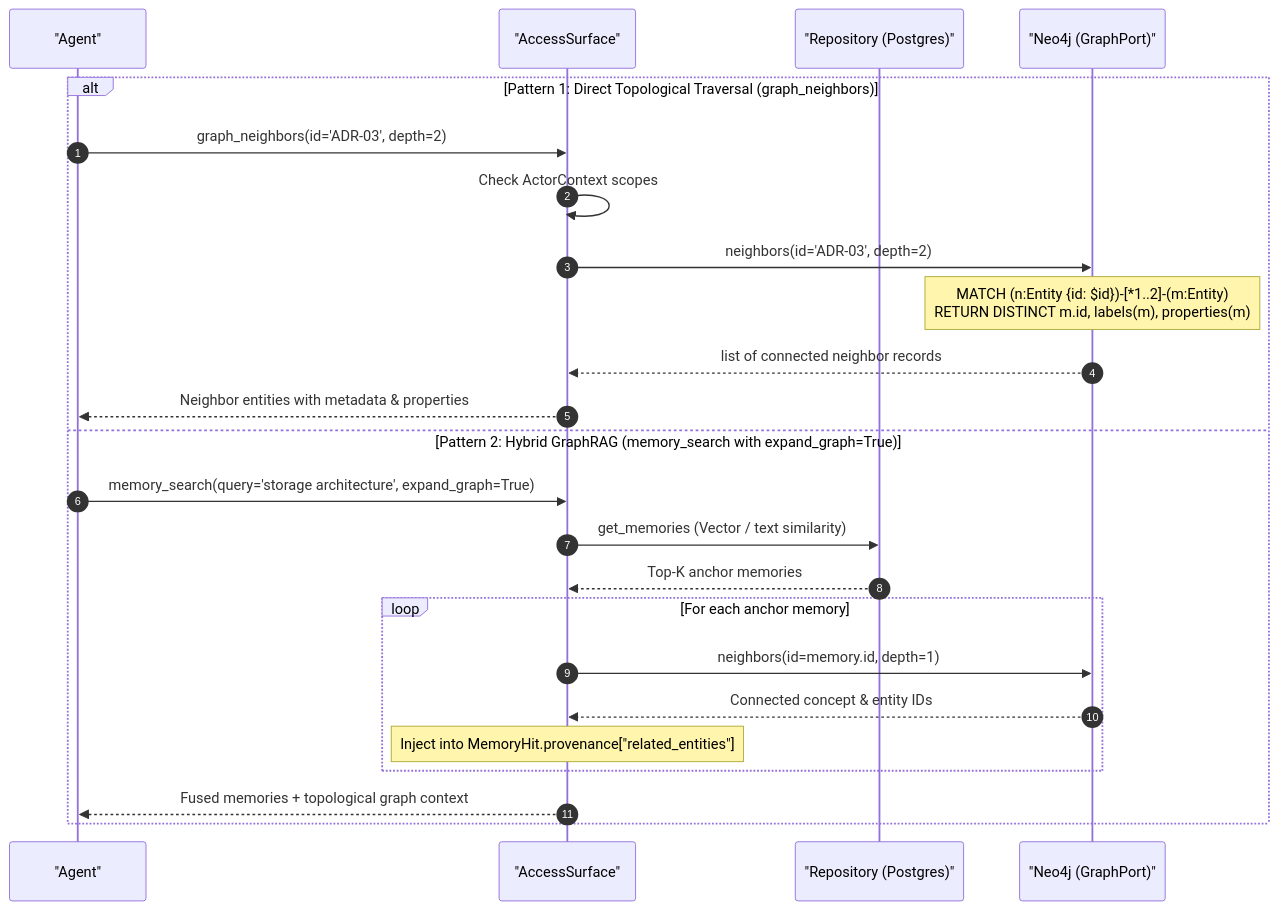
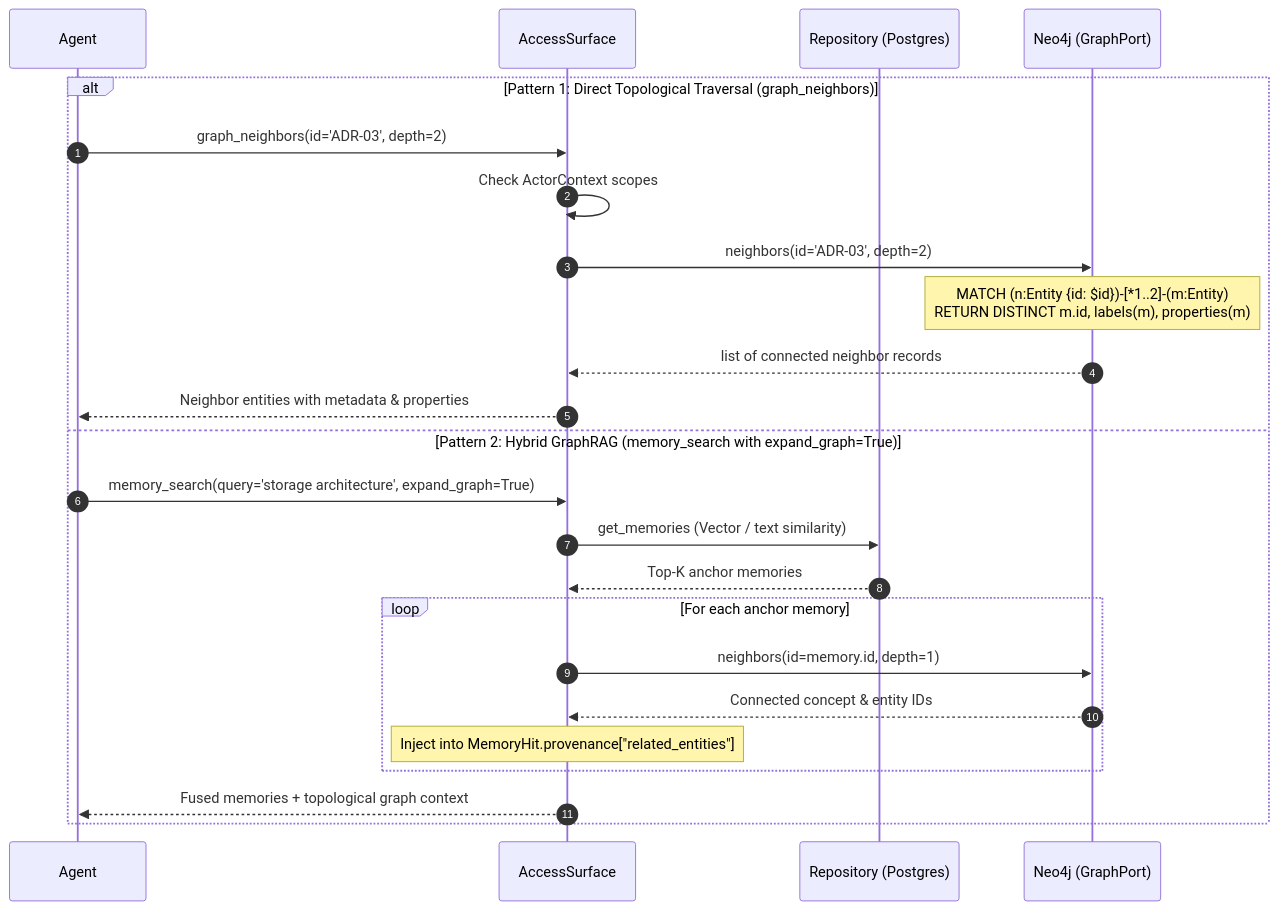
Before and after one commit to vladm3105/aidoc-flow-engramory: the fourth of 4 diagrams in docs/DATA_FLOW_AND_LIFECYCLE.md, drawn with Mermaid. The commit also changed other lines of this file and 2 other files, not shown here.

First line of the commit message:
docs: detailed sequential dataflow diagrams and narrative explanations (#68)

````diff
--- a/docs/DATA_FLOW_AND_LIFECYCLE.md
+++ b/docs/DATA_FLOW_AND_LIFECYCLE.md
@@ -138,27 +226,27 @@
 ```mermaid
 sequenceDiagram
     autonumber
-    participant Agent as "Agent"
-    participant Surface as "AccessSurface"
-    participant Repo as "Repository (Postgres)"
-    participant Neo4j as "Neo4j (GraphPort)"
+    participant Agent as Agent
+    participant Surface as AccessSurface
+    participant Repo as Repository (Postgres)
+    participant Neo4j as Neo4j (GraphPort)
 
     alt Pattern 1: Direct Topological Traversal (graph_neighbors)
         Agent->>Surface: graph_neighbors(id='ADR-03', depth=2)
         Surface->>Surface: Check ActorContext scopes
         Surface->>Neo4j: neighbors(id='ADR-03', depth=2)
         Note over Neo4j: MATCH (n:Entity {id: $id})-[*1..2]-(m:Entity)<br/>RETURN DISTINCT m.id, labels(m), properties(m)
         Neo4j-->>Surface: list of connected neighbor records
         Surface-->>Agent: Neighbor entities with metadata & properties
     else Pattern 2: Hybrid GraphRAG (memory_search with expand_graph=True)
         Agent->>Surface: memory_search(query='storage architecture', expand_graph=True)
         Surface->>Repo: get_memories (Vector / text similarity)
         Repo-->>Surface: Top-K anchor memories
         loop For each anchor memory
             Surface->>Neo4j: neighbors(id=memory.id, depth=1)
             Neo4j-->>Surface: Connected concept & entity IDs
             Note over Surface: Inject into MemoryHit.provenance["related_entities"]
         end
         Surface-->>Agent: Fused memories + topological graph context
     end
 ```
````
